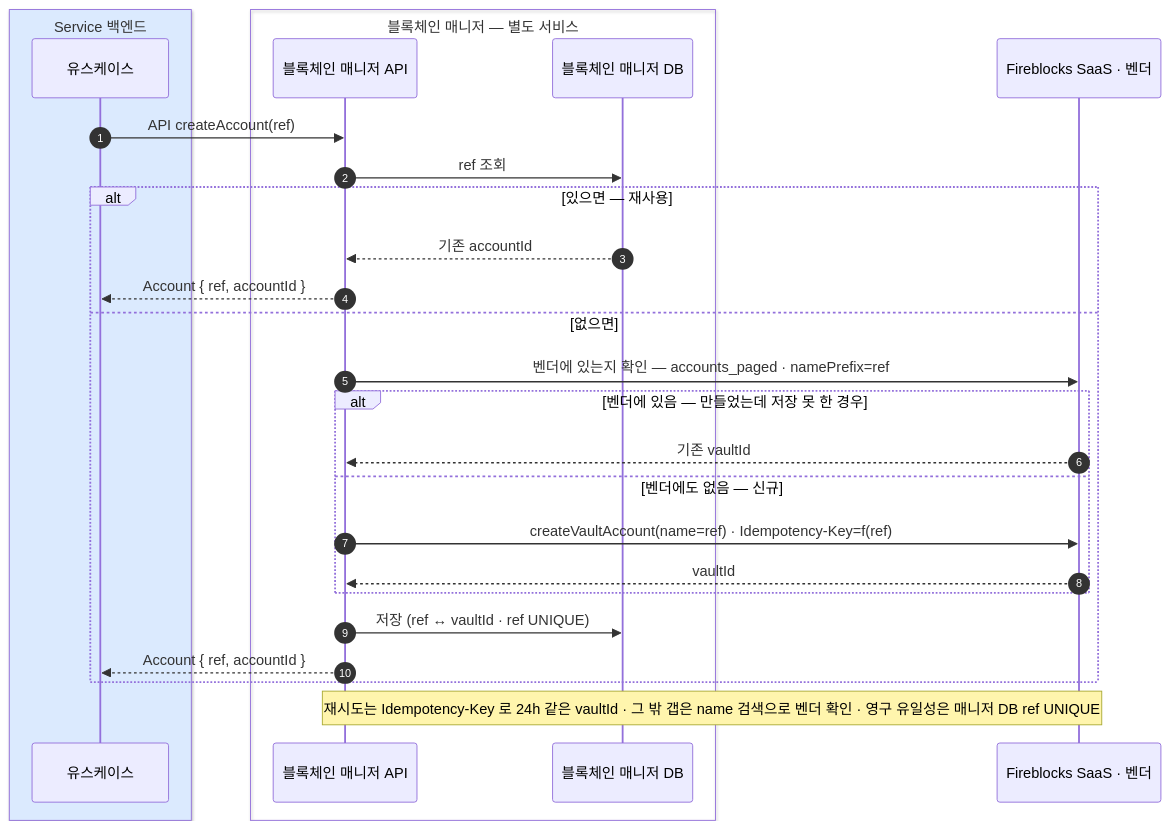
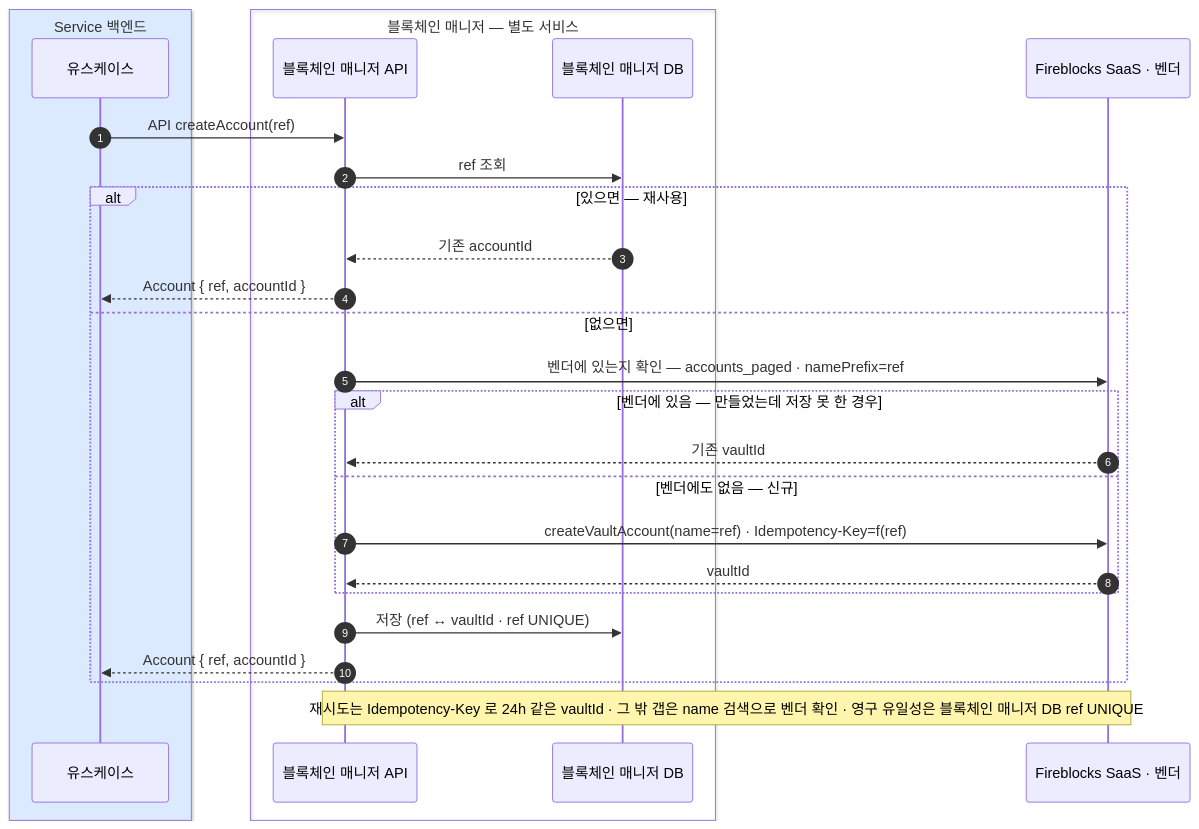
Before and after one commit to eunsujeo/eunpus: the diagram in blockchain-manager/docs/블록체인매니저/설계/01-create-account.md, drawn with Mermaid. The commit also changed other lines of this file and 16 other files, not shown here.

````diff
--- a/blockchain-manager/docs/블록체인매니저/설계/01-create-account.md
+++ b/blockchain-manager/docs/블록체인매니저/설계/01-create-account.md
@@ -20,30 +16,30 @@
 ```mermaid
 sequenceDiagram
     autonumber
     box rgb(219,234,254) Service 백엔드
     participant BE as 유스케이스
     end
     box 블록체인 매니저 — 별도 서비스
     participant BM as 블록체인 매니저 API
     participant MDB as 블록체인 매니저 DB
     end
     participant FB as Fireblocks SaaS · 벤더
 
     BE->>BM: API createAccount(ref)
     BM->>MDB: ref 조회
     alt 있으면 — 재사용
         MDB-->>BM: 기존 accountId
         BM-->>BE: Account { ref, accountId }
     else 없으면
         BM->>FB: 벤더에 있는지 확인 — accounts_paged · namePrefix=ref
         alt 벤더에 있음 — 만들었는데 저장 못 한 경우
             FB-->>BM: 기존 vaultId
         else 벤더에도 없음 — 신규
             BM->>FB: createVaultAccount(name=ref) · Idempotency-Key=f(ref)
             FB-->>BM: vaultId
         end
         BM->>MDB: 저장 (ref ↔ vaultId · ref UNIQUE)
         BM-->>BE: Account { ref, accountId }
     end
-    Note over BM,FB: 재시도는 Idempotency-Key 로 24h 같은 vaultId · 그 밖 갭은 name 검색으로 벤더 확인 · 영구 유일성은 매니저 DB ref UNIQUE
+    Note over BM,FB: 재시도는 Idempotency-Key 로 24h 같은 vaultId · 그 밖 갭은 name 검색으로 벤더 확인 · 영구 유일성은 블록체인 매니저 DB ref UNIQUE
 ```
````
